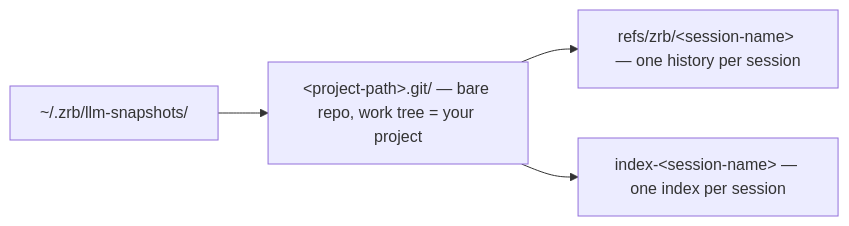
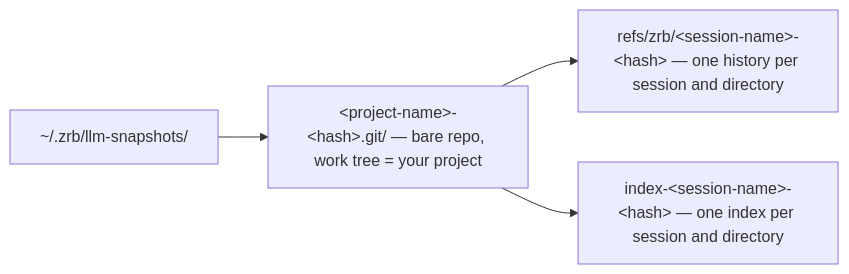
Before and after one commit to state-alchemists/zrb: the second of 3 diagrams in docs/configuration/llm-config.md, drawn with Mermaid. The commit also changed other lines of this file and 6 other files, not shown here.

First line of the commit message:
Drop newly ignored paths from snapshots; hash snapshot store and session keys

````diff
--- a/docs/configuration/llm-config.md
+++ b/docs/configuration/llm-config.md
@@ -507,6 +507,6 @@
 ```mermaid
 flowchart LR
-    Root["~/.zrb/llm-snapshots/"] --> Store["&lt;project-path&gt;.git/ — bare repo, work tree = your project"]
-    Store --> Refs["refs/zrb/&lt;session-name&gt; — one history per session"]
-    Store --> Index["index-&lt;session-name&gt; — one index per session"]
+    Root["~/.zrb/llm-snapshots/"] --> Store["&lt;project-name&gt;-&lt;hash&gt;.git/ — bare repo, work tree = your project"]
+    Store --> Refs["refs/zrb/&lt;session-name&gt;-&lt;hash&gt; — one history per session and directory"]
+    Store --> Index["index-&lt;session-name&gt;-&lt;hash&gt; — one index per session and directory"]
 ```
````
